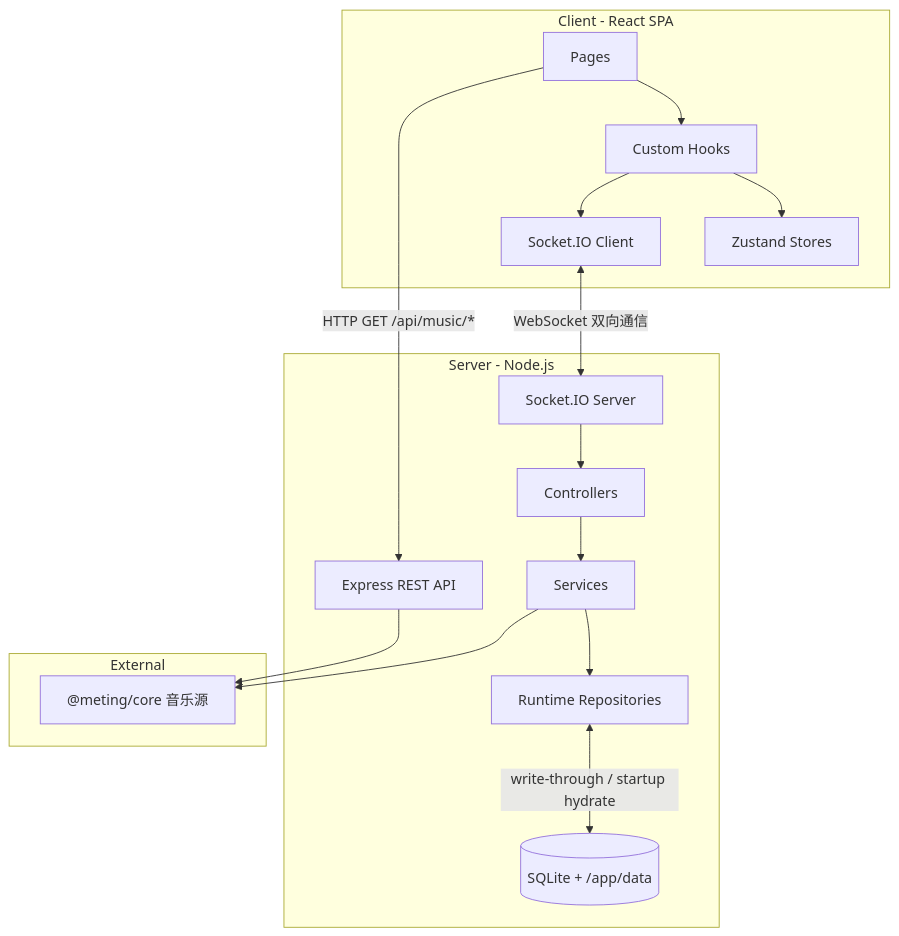
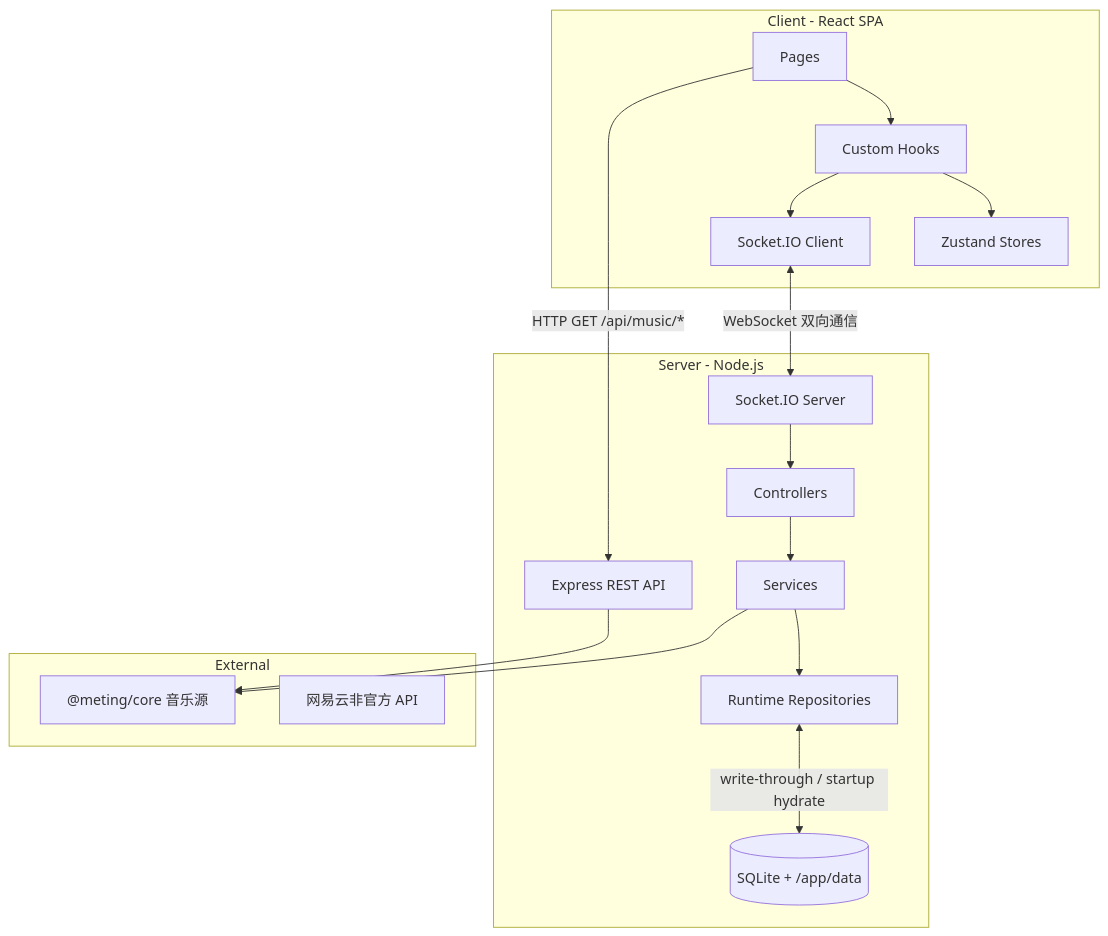
The diagram in docs/architecture/data-flow.md (Madokamaes/music-together), drawn with Mermaid before and after one commit. The commit also changed other lines of this file and 25 other files, not shown here.

````diff
--- a/docs/architecture/data-flow.md
+++ b/docs/architecture/data-flow.md
@@ -5,36 +5,37 @@
 ```mermaid
 graph TB
   subgraph client [Client - React SPA]
     Pages[Pages]
     Hooks[Custom Hooks]
     Stores[Zustand Stores]
     SocketClient[Socket.IO Client]
   end
 
   subgraph server [Server - Node.js]
     Express[Express REST API]
     SocketServer[Socket.IO Server]
     Controllers[Controllers]
     Services[Services]
     Repos[Runtime Repositories]
     SQLite[(SQLite + /app/data)]
   end
 
   subgraph external [External]
     Meting["@meting/core 音乐源"]
+    Netease["网易云非官方 API"]
   end
 
   Pages --> Hooks
   Hooks --> Stores
   Hooks --> SocketClient
 
   SocketClient <-->|"WebSocket 双向通信"| SocketServer
   Pages -->|"HTTP GET /api/music/*"| Express
 
   SocketServer --> Controllers
   Controllers --> Services
   Services --> Repos
   Repos <-->|"write-through / startup hydrate"| SQLite
   Express --> Meting
   Services --> Meting
 ```
````
